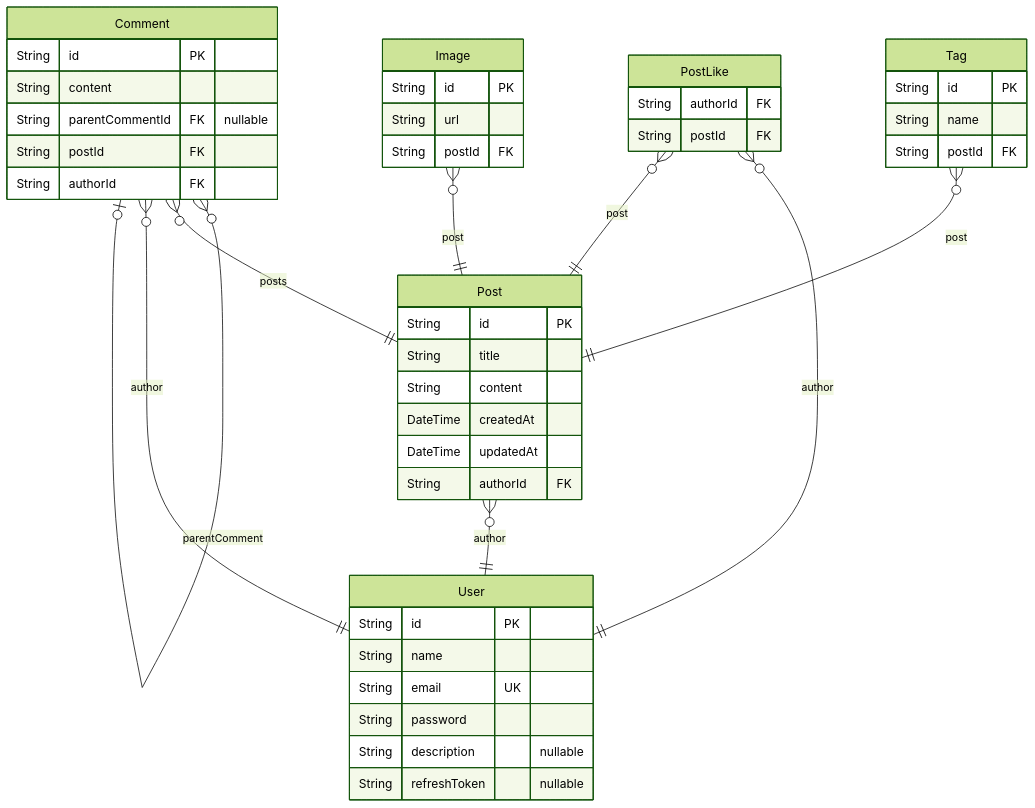
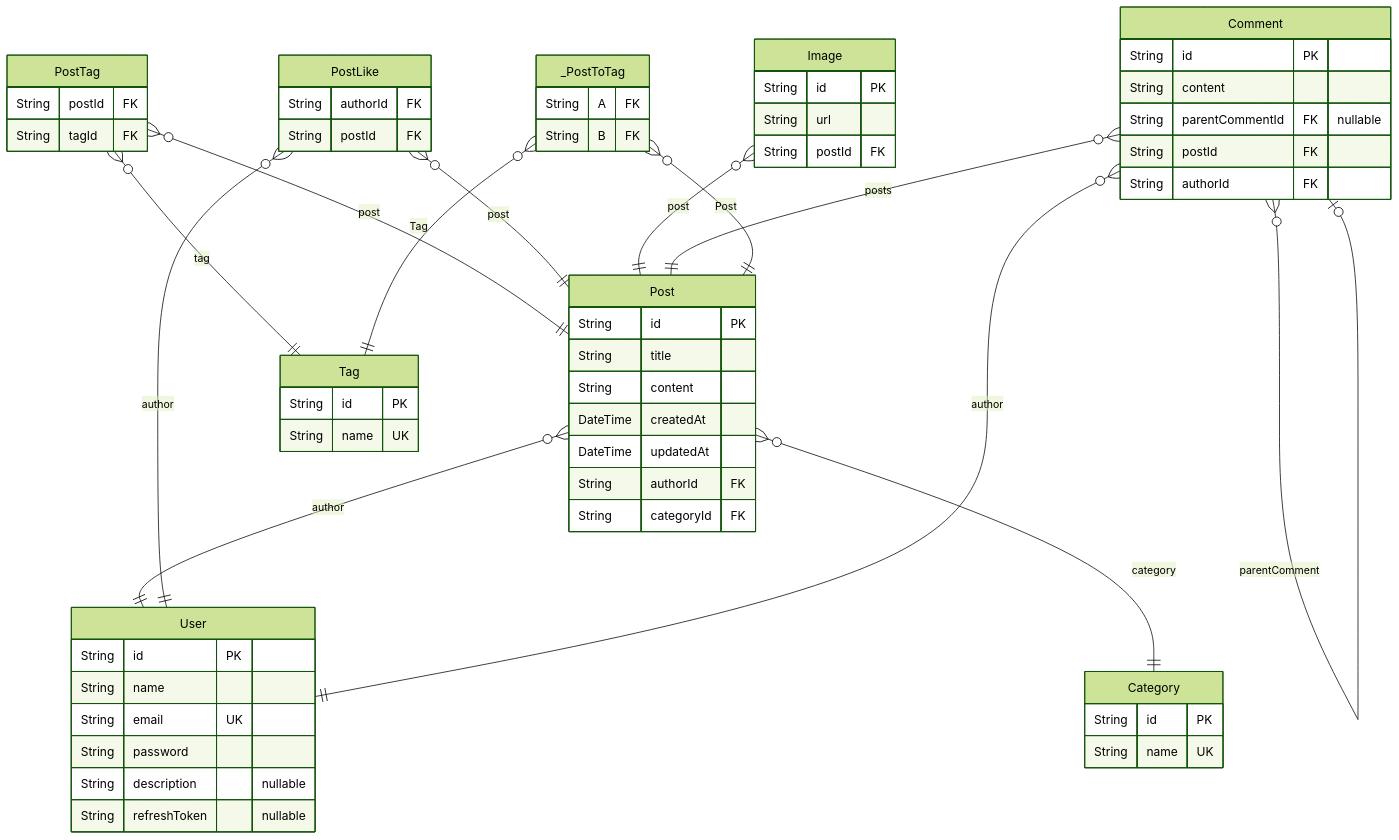
Before and after one commit to JongDeug/blog-backend: the diagram in prisma/ERD.md, drawn with Mermaid (forest theme). The commit also changed other lines of this file and 32 other files, not shown here.

````diff
--- a/prisma/ERD.md
+++ b/prisma/ERD.md
@@ -7,48 +7,64 @@
 ```mermaid
 erDiagram
 "User" {
   String id PK
   String name
   String email UK
   String password
   String description "nullable"
   String refreshToken "nullable"
 }
 "Post" {
   String id PK
   String title
   String content
   DateTime createdAt
   DateTime updatedAt
   String authorId FK
+  String categoryId FK
+}
+"Tag" {
+  String id PK
+  String name UK
+}
+"PostTag" {
+  String postId FK
+  String tagId FK
+}
+"PostLike" {
+  String authorId FK
+  String postId FK
+}
+"Image" {
+  String id PK
+  String url
+  String postId FK
 }
 "Comment" {
   String id PK
   String content
   String parentCommentId FK "nullable"
   String postId FK
   String authorId FK
 }
-"PostLike" {
-  String authorId FK
-  String postId FK
+"Category" {
+  String id PK
+  String name UK
 }
-"Tag" {
-  String id PK
-  String name
-  String postId FK
-}
-"Image" {
-  String id PK
-  String url
-  String postId FK
+"_PostToTag" {
+  String A FK
+  String B FK
 }
 "Post" }o--|| "User" : author
+"Post" }o--|| "Category" : category
+"PostTag" }o--|| "Post" : post
+"PostTag" }o--|| "Tag" : tag
+"PostLike" }o--|| "User" : author
+"PostLike" }o--|| "Post" : post
+"Image" }o--|| "Post" : post
 "Comment" }o--o| "Comment" : parentComment
 "Comment" }o--|| "Post" : posts
 "Comment" }o--|| "User" : author
-"PostLike" }o--|| "User" : author
-"PostLike" }o--|| "Post" : post
-"Tag" }o--|| "Post" : post
-"Image" }o--|| "Post" : post
+"_PostToTag" }o--|| "Post" : Post
+"_PostToTag" }o--|| "Tag" : Tag
 ```
````
